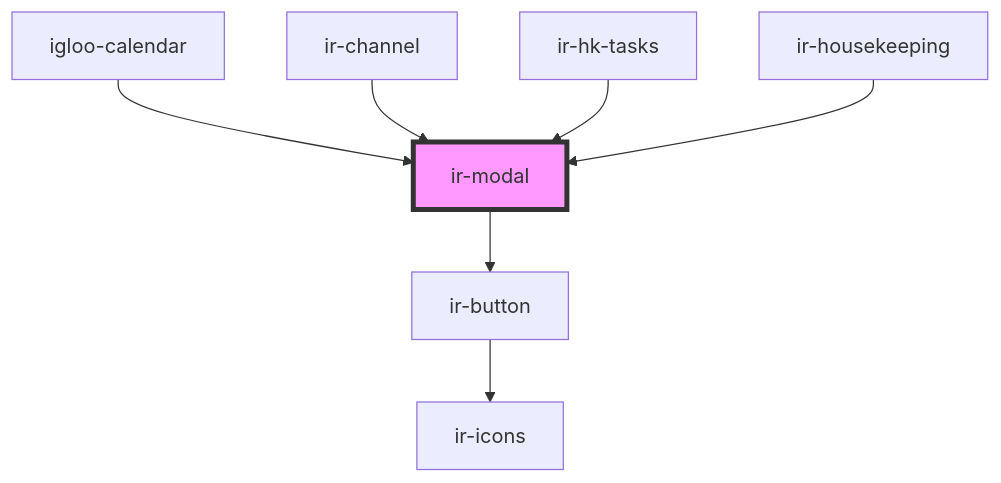
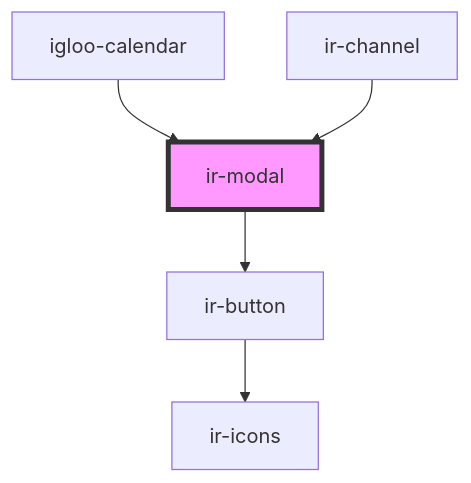
Before and after one commit to RonyRizk/ir-webcmp: the diagram in src/components/ui/ir-modal/readme.md, drawn with Mermaid. The commit also changed other lines of this file and 88 other files, not shown here.

````diff
--- a/src/components/ui/ir-modal/readme.md
+++ b/src/components/ui/ir-modal/readme.md
@@ -85,10 +83,8 @@
 ```mermaid
 graph TD;
   ir-modal --> ir-button
   ir-button --> ir-icons
   igloo-calendar --> ir-modal
   ir-channel --> ir-modal
-  ir-hk-tasks --> ir-modal
-  ir-housekeeping --> ir-modal
   style ir-modal fill:#f9f,stroke:#333,stroke-width:4px
 ```
````
